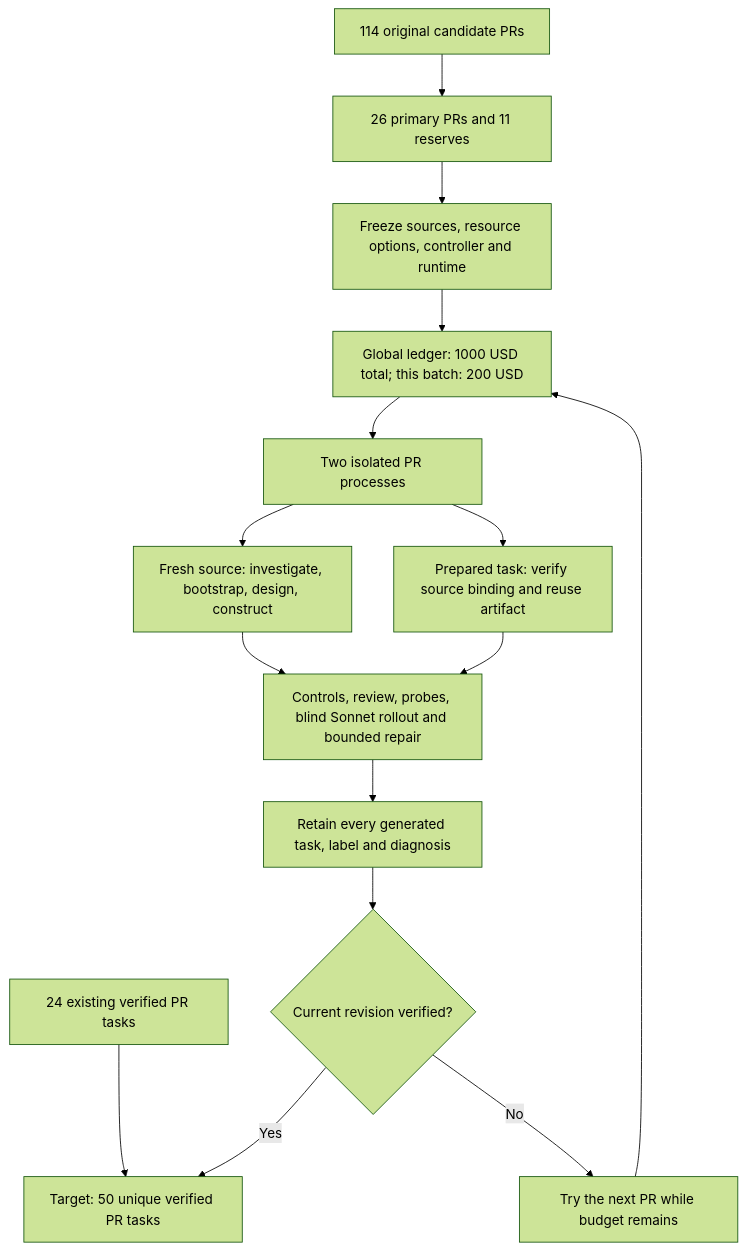
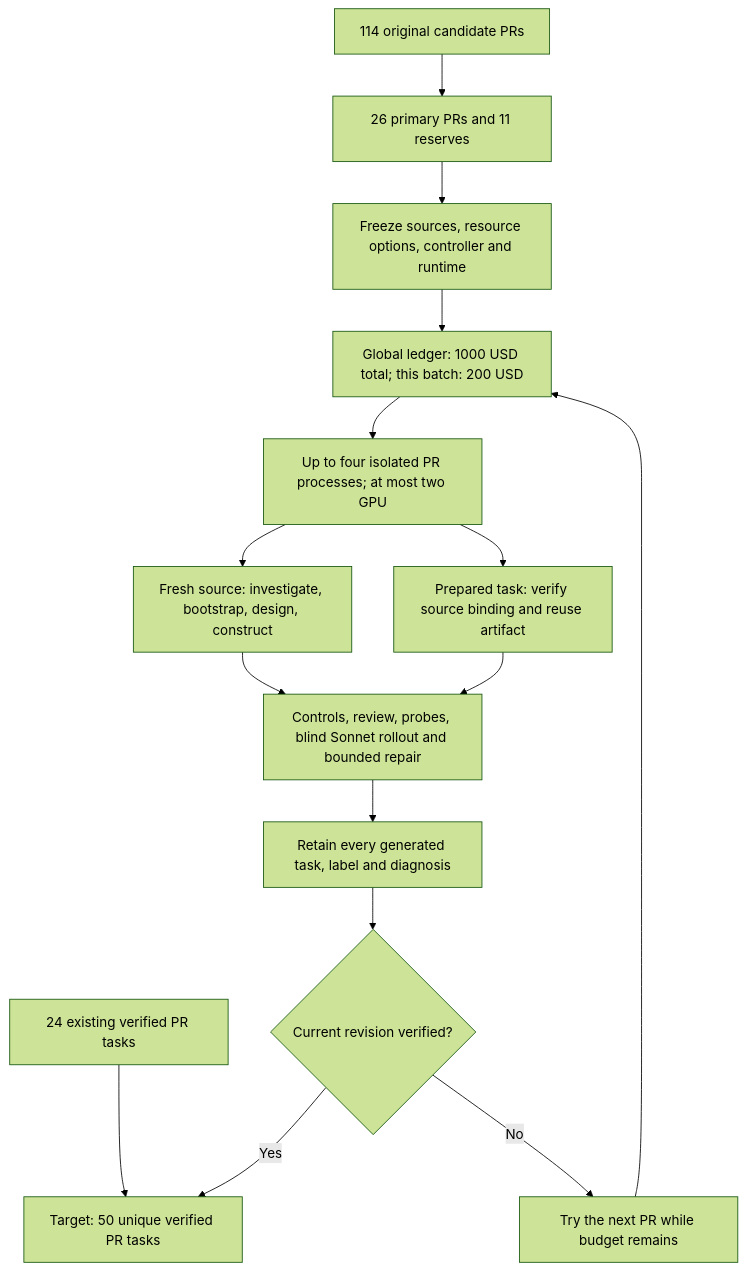
The diagram in docs/pipelines/tasksmith_scale50.md (huggingface/Repo2RLEnv), drawn with Mermaid (forest theme) before and after one commit. The commit also changed other lines of this file and 15 other files, not shown here.

````diff
--- a/docs/pipelines/tasksmith_scale50.md
+++ b/docs/pipelines/tasksmith_scale50.md
@@ -85,17 +106,17 @@
 ```mermaid
 flowchart TD
     Old[24 existing verified PR tasks] --> Target[Target: 50 unique verified PR tasks]
     Inputs[114 original candidate PRs] --> Panel[26 primary PRs and 11 reserves]
     Panel --> Freeze[Freeze sources, resource options, controller and runtime]
     Freeze --> Budget[Global ledger: 1000 USD total; this batch: 200 USD]
-    Budget --> Parallel[Two isolated PR processes]
+    Budget --> Parallel[Up to four isolated PR processes; at most two GPU]
     Parallel --> Fresh[Fresh source: investigate, bootstrap, design, construct]
     Parallel --> Recovery[Prepared task: verify source binding and reuse artifact]
     Fresh --> Quality[Controls, review, probes, blind Sonnet rollout and bounded repair]
     Recovery --> Quality
     Quality --> Save[Retain every generated task, label and diagnosis]
     Save --> Accepted{Current revision verified?}
     Accepted -->|Yes| Target
     Accepted -->|No| Next[Try the next PR while budget remains]
     Next --> Budget
 ```
````
